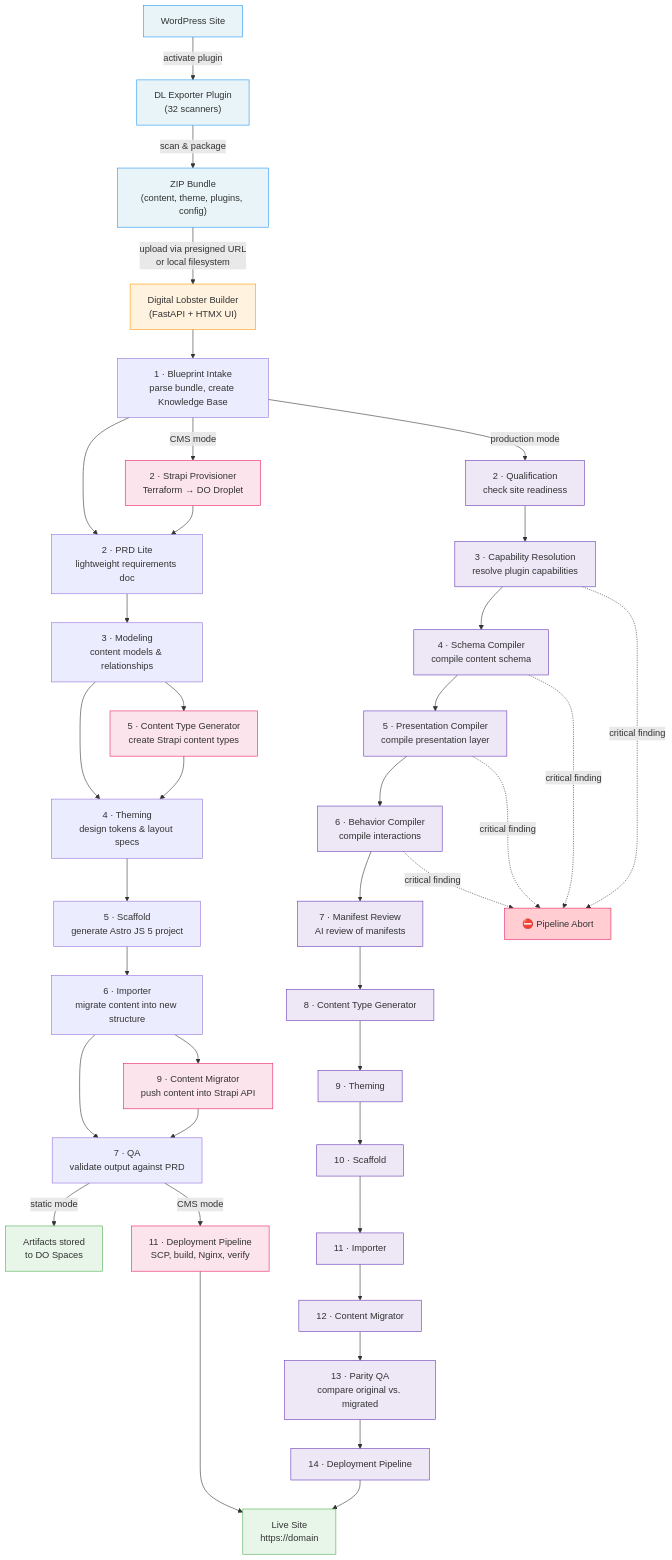
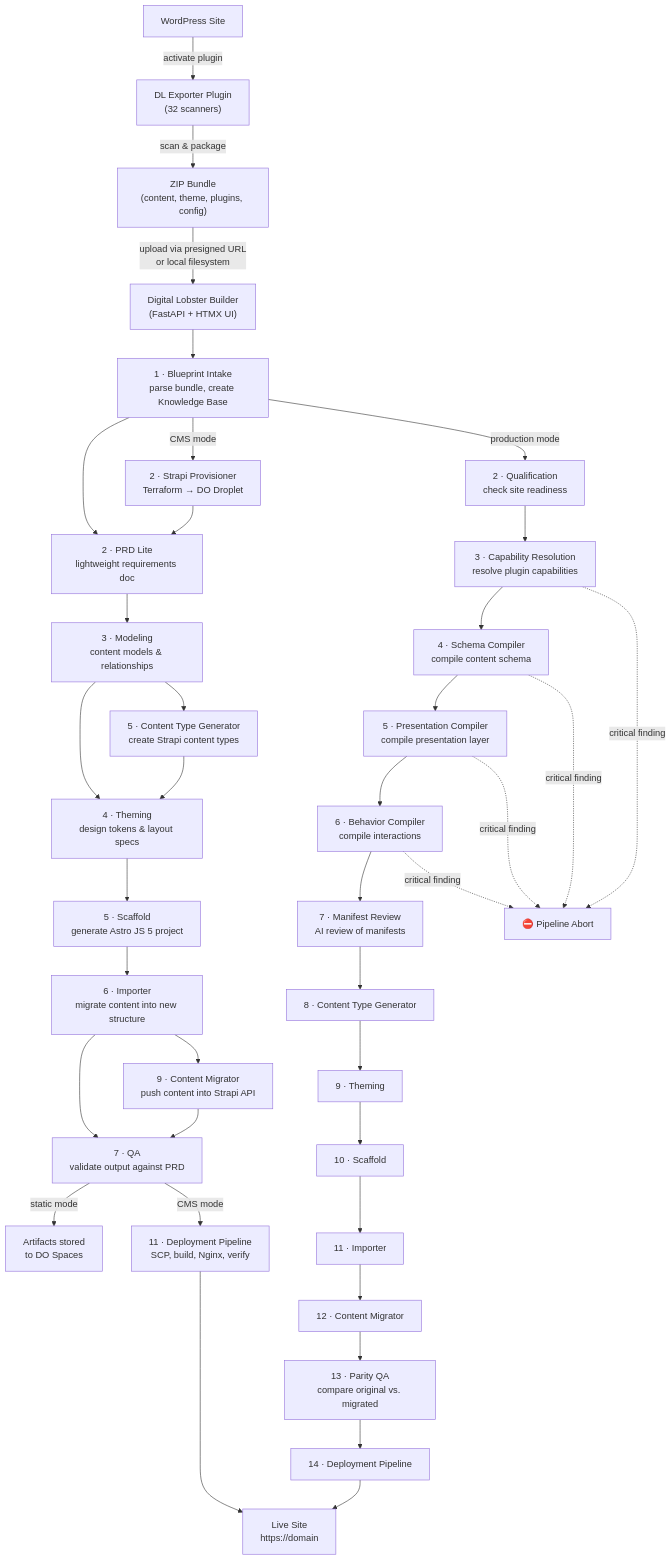
Before and after one commit to erickrex/digital-lobster: the first of 2 diagrams in README.md, drawn with Mermaid. The commit also changed other lines of this file, not shown here.

````diff
--- a/README.md
+++ b/README.md
@@ -9,77 +9,52 @@
 ```mermaid
 flowchart TD
     WP["WordPress Site"] -->|activate plugin| Plugin["DL Exporter Plugin\n(32 scanners)"]
     Plugin -->|scan & package| ZIP["ZIP Bundle\n(content, theme, plugins, config)"]
 
     ZIP -->|upload via presigned URL\nor local filesystem| Builder["Digital Lobster Builder\n(FastAPI + HTMX UI)"]
 
     Builder --> Intake["1 · Blueprint Intake\nparse bundle, create Knowledge Base"]
 
     %% ---- Static mode (7 agents) ----
     Intake --> PRD["2 · PRD Lite\nlightweight requirements doc"]
     PRD --> Model["3 · Modeling\ncontent models & relationships"]
     Model --> Theme["4 · Theming\ndesign tokens & layout specs"]
     Theme --> Scaffold["5 · Scaffold\ngenerate Astro JS 5 project"]
     Scaffold --> Import["6 · Importer\nmigrate content into new structure"]
     Import --> QA["7 · QA\nvalidate output against PRD"]
 
     QA -->|static mode| ArtifactsOut["Artifacts stored\nto DO Spaces"]
 
     %% ---- CMS mode (11 agents) — branches off the static spine ----
     Intake -->|CMS mode| StrapiProv["2 · Strapi Provisioner\nTerraform → DO Droplet"]
     StrapiProv --> PRD
     Model --> CTGen["5 · Content Type Generator\ncreate Strapi content types"]
     CTGen --> Theme
     Import --> CMig["9 · Content Migrator\npush content into Strapi API"]
     CMig --> QA
     QA -->|CMS mode| Deploy["11 · Deployment Pipeline\nSCP, build, Nginx, verify"]
 
     Deploy --> Live["Live Site\nhttps://domain"]
 
     %% ---- Production CMS mode (14 agents) — deterministic compilation ----
     Intake -->|production mode| Qual["2 · Qualification\ncheck site readiness"]
     Qual --> CapRes["3 · Capability Resolution\nresolve plugin capabilities"]
     CapRes --> SchemC["4 · Schema Compiler\ncompile content schema"]
     SchemC --> PresC["5 · Presentation Compiler\ncompile presentation layer"]
     PresC --> BehC["6 · Behavior Compiler\ncompile interactions"]
     BehC --> ManRev["7 · Manifest Review\nAI review of manifests"]
     ManRev --> CTGen2["8 · Content Type Generator"]
     CTGen2 --> Theme2["9 · Theming"]
     Theme2 --> Scaffold2["10 · Scaffold"]
     Scaffold2 --> Import2["11 · Importer"]
     Import2 --> CMig2["12 · Content Migrator"]
     CMig2 --> ParityQA["13 · Parity QA\ncompare original vs. migrated"]
     ParityQA --> Deploy2["14 · Deployment Pipeline"]
     Deploy2 --> Live
 
     %% ---- Abort gate ----
     CapRes -. "critical finding" .-> Abort["⛔ Pipeline Abort"]
     SchemC -. "critical finding" .-> Abort
     PresC -. "critical finding" .-> Abort
     BehC -. "critical finding" .-> Abort
-
-    style WP fill:#e8f4f8,stroke:#2196F3
-    style Plugin fill:#e8f4f8,stroke:#2196F3
-    style ZIP fill:#e8f4f8,stroke:#2196F3
-    style Builder fill:#fff3e0,stroke:#FF9800
-    style ArtifactsOut fill:#e8f5e9,stroke:#4CAF50
-    style Live fill:#e8f5e9,stroke:#4CAF50
-    style Abort fill:#ffcdd2,stroke:#E91E63
-    style StrapiProv fill:#fce4ec,stroke:#E91E63
-    style Deploy fill:#fce4ec,stroke:#E91E63
-    style CMig fill:#fce4ec,stroke:#E91E63
-    style CTGen fill:#fce4ec,stroke:#E91E63
-    style Qual fill:#ede7f6,stroke:#673AB7
-    style CapRes fill:#ede7f6,stroke:#673AB7
-    style SchemC fill:#ede7f6,stroke:#673AB7
-    style PresC fill:#ede7f6,stroke:#673AB7
-    style BehC fill:#ede7f6,stroke:#673AB7
-    style ManRev fill:#ede7f6,stroke:#673AB7
-    style CTGen2 fill:#ede7f6,stroke:#673AB7
-    style Theme2 fill:#ede7f6,stroke:#673AB7
-    style Scaffold2 fill:#ede7f6,stroke:#673AB7
-    style Import2 fill:#ede7f6,stroke:#673AB7
-    style CMig2 fill:#ede7f6,stroke:#673AB7
-    style ParityQA fill:#ede7f6,stroke:#673AB7
-    style Deploy2 fill:#ede7f6,stroke:#673AB7
 ```
````
